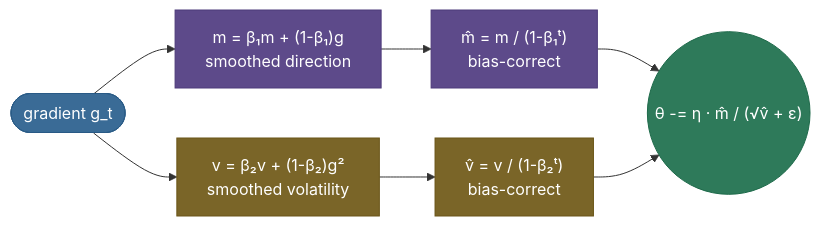
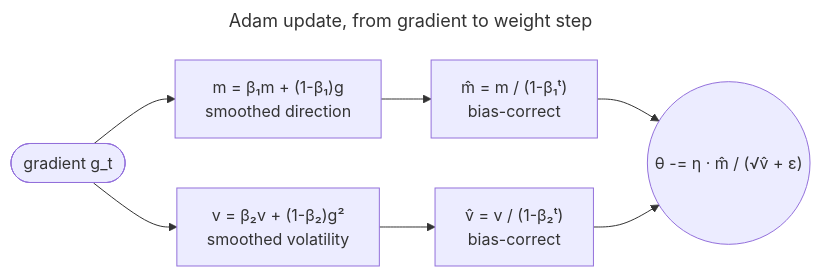
Before and after one commit to sudhir13s/ai-ml-learning-resources: the third of 4 diagrams in deep-learning/optimization-and-training/optimizers/optimizers.md, drawn with Mermaid. The commit also changed other lines of this file, not shown here.

````diff
--- a/deep-learning/optimization-and-training/optimizers/optimizers.md
+++ b/deep-learning/optimization-and-training/optimizers/optimizers.md
@@ -289,14 +386,12 @@
 ```mermaid
+---
+title: Adam update, from gradient to weight step
+---
 graph LR
-    G(["gradient g_t"]):::data --> M["m = β₁m + (1-β₁)g<br/>smoothed direction"]:::process
-    G --> V["v = β₂v + (1-β₂)g²<br/>smoothed volatility"]:::amber
-    M --> MH["m̂ = m / (1-β₁ᵗ)<br/>bias-correct"]:::process
-    V --> VH["v̂ = v / (1-β₂ᵗ)<br/>bias-correct"]:::amber
-    MH --> U(("θ -= η · m̂ / (√v̂ + ε)")):::out
+    G(["gradient g_t"]) --> M["m = β₁m + (1-β₁)g<br/>smoothed direction"]
+    G --> V["v = β₂v + (1-β₂)g²<br/>smoothed volatility"]
+    M --> MH["m̂ = m / (1-β₁ᵗ)<br/>bias-correct"]
+    V --> VH["v̂ = v / (1-β₂ᵗ)<br/>bias-correct"]
+    MH --> U(("θ -= η · m̂ / (√v̂ + ε)")):::focus
     VH --> U
-
-    classDef data fill:#3A6B96,stroke:#2A5B86,color:#fff
-    classDef process fill:#5D4A8A,stroke:#4D3A7A,color:#fff
-    classDef amber fill:#7A6528,stroke:#6A5518,color:#fff
-    classDef out fill:#2E7A5A,stroke:#1E6A4A,color:#fff
 ```
````
